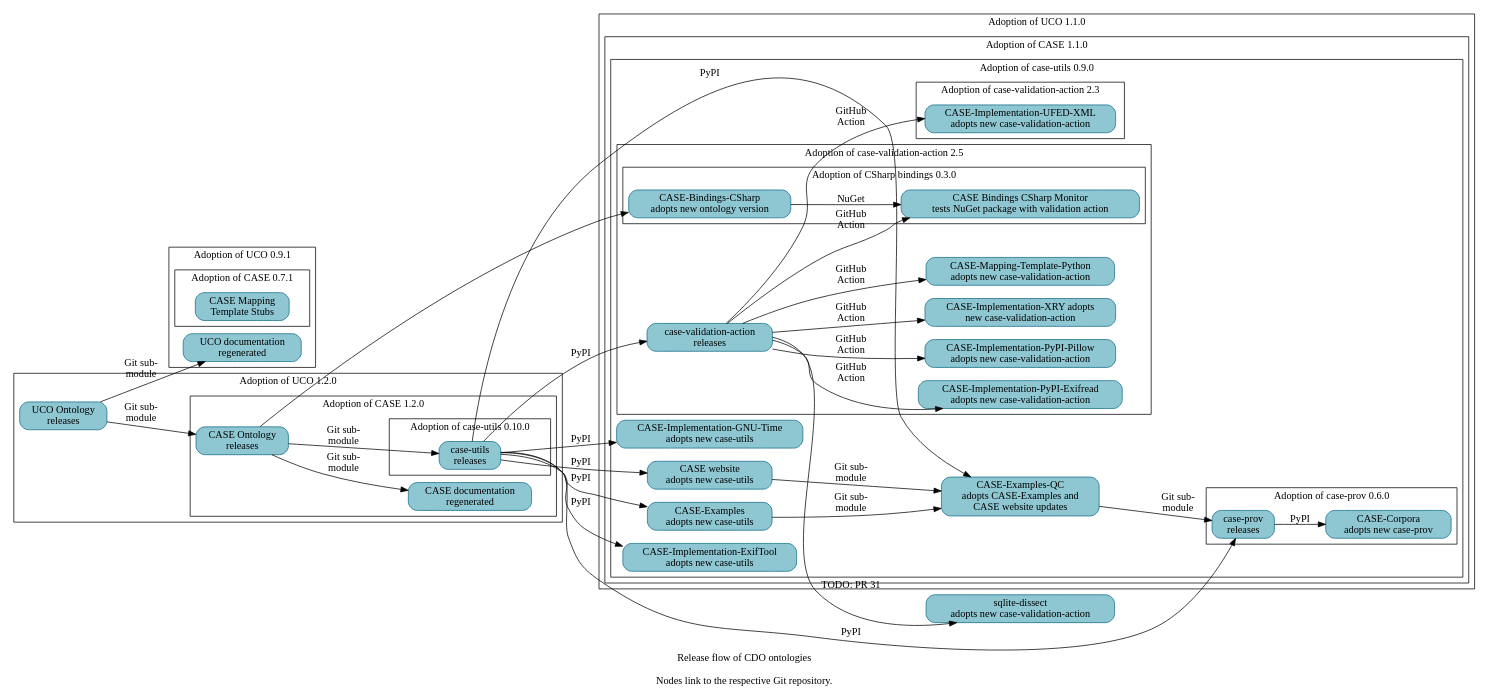
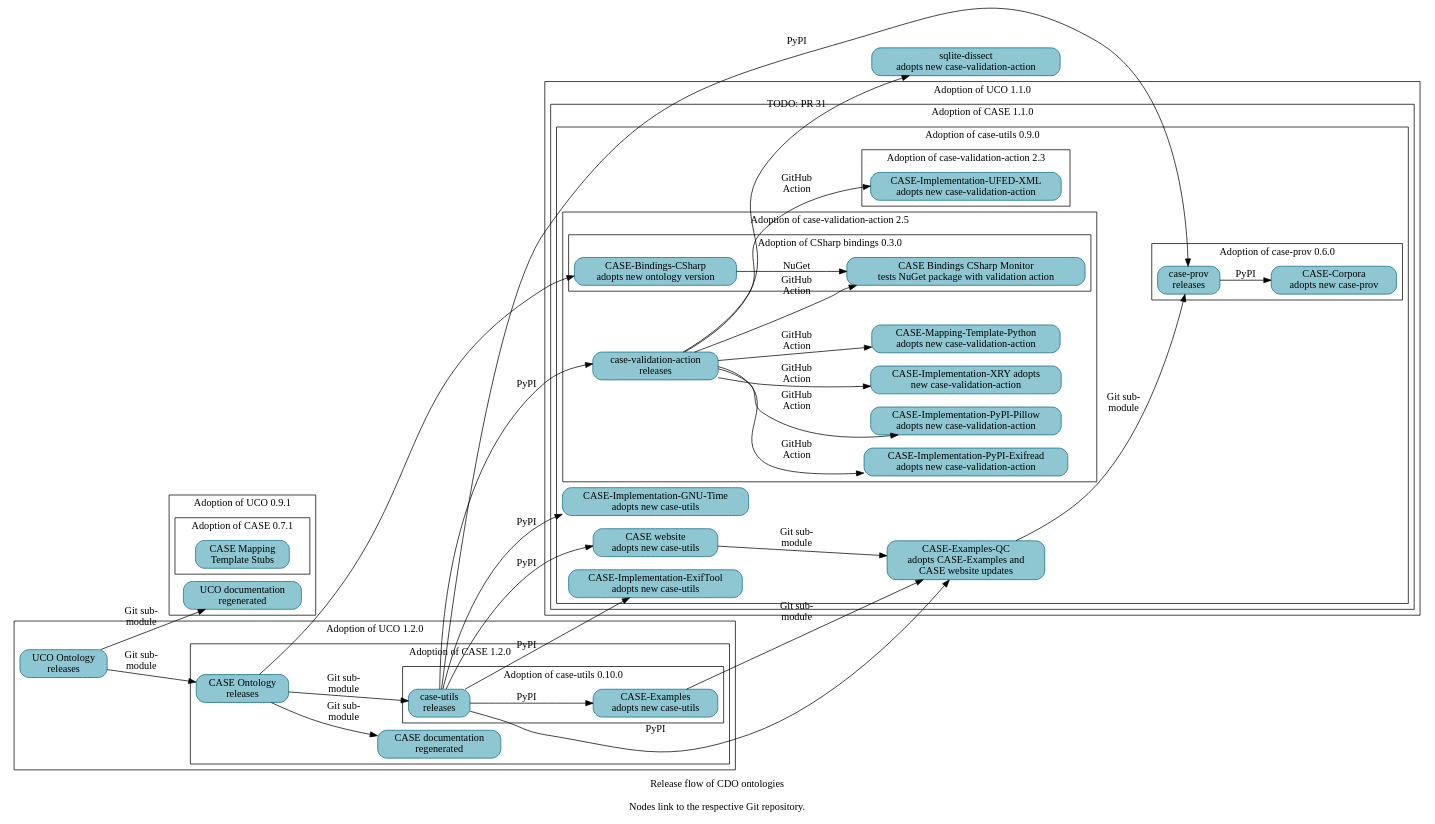
One commit to Cyber-Domain-Ontology/cdo.github.io changed the diagram in resources/project_release_flow.dot. Above: the diagram before and after it, drawn with Graphviz. The commit also changed other lines of this file, not shown here.

```diff
--- a/resources/project_release_flow.dot
+++ b/resources/project_release_flow.dot
@@ -1,113 +1,113 @@
 digraph "cdo_release_flow" {
   label = "Release flow of CDO ontologies\n\nNodes link to the respective Git repository." ;
   rankdir = "LR" ;
   node [shape="rectangle" style="filled,rounded" fillcolor="#8EC7D2" color="#0D6986"] ;
 
 
   // Define nodes in their corresponding progress subgraph.
 
   subgraph cluster_uco_0_9_1 {
     label = "Adoption of UCO 0.9.1" ;
 
     _GH__UCOPROJECT__ONTOLOGY_UNIFIEDCYBERONTOLOGY_ORG [URL="https://github.com/ucoProject/ontology.unifiedcyberontology.org" label="UCO documentation\nregenerated"] ;
 
     subgraph cluster_case_0_7_1 {
       label = "Adoption of CASE 0.7.1" ;
       _GH__CASEWORK__CASE_MAPPING_TEMPLATE_STUBS [URL="https://github.com/casework/CASE-Mapping-Template-Stubs" label="CASE Mapping\nTemplate Stubs"] ;
     }
   }
   subgraph cluster_uco_1_1_0 {
     label = "Adoption of UCO 1.1.0" ;
 
     subgraph cluster_case_1_1_0 {
       label = "Adoption of CASE 1.1.0" ;
 
       subgraph cluster_case_utils_0_9_0 {
         label = "Adoption of case-utils 0.9.0" ;
 
         _GH__AJNELSON_NIST__CASE_EXAMPLES_QC [URL="https://github.com/ajnelson-nist/CASE-Examples-QC" label="CASE-Examples-QC\nadopts CASE-Examples and\nCASE website updates"] ;
-        _GH__CASEWORK__CASE_EXAMPLES [URL="https://github.com/casework/CASE-Examples" label="CASE-Examples\nadopts new case-utils"] ;
         _GH__CASEWORK__CASE_IMPLEMENTATON_EXIFTOOL [URL="https://github.com/casework/CASE-Implementation-ExifTool" label="CASE-Implementation-ExifTool\nadopts new case-utils"] ;
         _GH__CASEWORK__CASE_IMPLEMENTATON_GNU_TIME [URL="https://github.com/casework/CASE-Implementation-GNU-Time" label="CASE-Implementation-GNU-Time\nadopts new case-utils"] ;
         _GH__CASEWORK__CASEWORK_GITHUB_IO [URL="https://github.com/casework/casework.github.io" label="CASE website\nadopts new case-utils"] ;
 
         subgraph cluster_case_prov_0_6_0 {
           label = "Adoption of case-prov 0.6.0" ;
 
           _GH__CASEWORK__CASE_CORPORA [URL="https://github.com/casework/CASE-Corpora" label="CASE-Corpora\nadopts new case-prov"] ;
           _GH__CASEWORK__CASE_IMPLEMENTATON_PROV_O [URL="https://github.com/casework/CASE-Implementation-PROV-O" label="case-prov\nreleases"] ;
         }
 
         subgraph cluster_case_validation_action_2_3 {
           label = "Adoption of case-validation-action 2.3" ;
 
           _GH__CASEWORK__CASE_IMPLEMENTATON_UFED_XML [URL="https://github.com/casework/CASE-Implementation-UFED-XML" label="CASE-Implementation-UFED-XML\nadopts new case-validation-action"] ;
         }
 
         subgraph cluster_case_validation_action_2_5 {
           label = "Adoption of case-validation-action 2.5" ;
 
           _GH__CASEWORK__CASE_IMPLEMENTATON_PYPI_EXIFREAD [URL="https://github.com/casework/CASE-Implementation-PyPI-Exifread" label="CASE-Implementation-PyPI-Exifread\nadopts new case-validation-action"] ;
           _GH__CASEWORK__CASE_IMPLEMENTATON_PYPI_PILLOW [URL="https://github.com/casework/CASE-Implementation-PyPI-Pillow" label="CASE-Implementation-PyPI-Pillow\nadopts new case-validation-action"] ;
           _GH__CASEWORK__CASE_IMPLEMENTATON_XRY [URL="https://github.com/casework/CASE-Implementation-XRY" label="CASE-Implementation-XRY adopts\nnew case-validation-action"] ;
           _GH__CASEWORK__CASE_MAPPING_TEMPLATE_PYTHON [URL="https://github.com/casework/CASE-Mapping-Template-Python" label="CASE-Mapping-Template-Python\nadopts new case-validation-action"] ;
           _GH__KCHASON__CASE_VALIDATION_ACTION [URL="https://github.com/kchason/case-validation-action" label="case-validation-action\nreleases"] ;
 
           subgraph cluster_case_bindings_csharp_0_3_0 {
             label = "Adoption of CSharp bindings 0.3.0" ;
             _GH__CASEWORK__CASE_BINDINGS_CSHARP_MONITOR [URL="https://github.com/casework/CASE-Bindings-CSharp-Monitor" label="CASE Bindings CSharp Monitor\ntests NuGet package with validation action"] ;
             _GH__CIPHERTECHSOLUTIONS__CASE_BINDINGS_CSHARP [URL="https://github.com/ciphertechsolutions/CASE-Bindings-CSharp" label="CASE-Bindings-CSharp\nadopts new ontology version"]
           }
         }
       }
     }
   }
   subgraph cluster_uco_1_2_0 {
     label = "Adoption of UCO 1.2.0" ;
 
     _GH__UCOPROJECT__UCO [URL="https://github.com/ucoProject/UCO" label="UCO Ontology\nreleases"] ;
 
     subgraph cluster_case_1_2_0 {
       label = "Adoption of CASE 1.2.0" ;
 
       _GH__CASEWORK__CASE [URL="https://github.com/casework/CASE" label="CASE Ontology\nreleases"] ;
       _GH__CASEWORK__ONTOLOGY_CASEONTOLOGY_ORG [URL="https://github.com/casework/ontology.caseontology.org" label="CASE documentation\nregenerated"] ;
 
       subgraph cluster_case_utils_0_10_0 {
         label = "Adoption of case-utils 0.10.0" ;
         _GH__CASEWORK__CASE_UTILITIES_PYTHON [URL="https://github.com/casework/CASE-Utilities-Python" label="case-utils\nreleases"] ;
+        _GH__CASEWORK__CASE_EXAMPLES [URL="https://github.com/casework/CASE-Examples" label="CASE-Examples\nadopts new case-utils"] ;
       }
     }
   }
 
   _GH__DOD_CYBER_CRIME_CENTER__SQLITE_DISSECT [URL="https://github.com/dod-cyber-crime-center/sqlite-dissect" label="sqlite-dissect\nadopts new case-validation-action"] ;
 
   // Begin edges
 
   _GH__AJNELSON_NIST__CASE_EXAMPLES_QC -> _GH__CASEWORK__CASE_IMPLEMENTATON_PROV_O [label="Git sub-\nmodule"] ;
   _GH__CASEWORK__CASE -> _GH__CASEWORK__CASE_UTILITIES_PYTHON [label="Git sub-\nmodule"] ;
   _GH__CASEWORK__CASE -> _GH__CIPHERTECHSOLUTIONS__CASE_BINDINGS_CSHARP ;
   _GH__CASEWORK__CASE -> _GH__CASEWORK__ONTOLOGY_CASEONTOLOGY_ORG [label="Git sub-\nmodule"] ; 
   _GH__CASEWORK__CASE_EXAMPLES -> _GH__AJNELSON_NIST__CASE_EXAMPLES_QC [label="Git sub-\nmodule"] ;
   _GH__CASEWORK__CASE_IMPLEMENTATON_PROV_O -> _GH__CASEWORK__CASE_CORPORA [label="PyPI"] ;
   _GH__CASEWORK__CASE_UTILITIES_PYTHON -> _GH__AJNELSON_NIST__CASE_EXAMPLES_QC [label="PyPI"] ;
   _GH__CASEWORK__CASE_UTILITIES_PYTHON -> _GH__CASEWORK__CASE_EXAMPLES [label="PyPI"] ;
   _GH__CASEWORK__CASE_UTILITIES_PYTHON -> _GH__CASEWORK__CASE_IMPLEMENTATON_EXIFTOOL [label="PyPI"] ;
   _GH__CASEWORK__CASE_UTILITIES_PYTHON -> _GH__CASEWORK__CASE_IMPLEMENTATON_GNU_TIME [label="PyPI"] ;
   _GH__CASEWORK__CASE_UTILITIES_PYTHON -> _GH__CASEWORK__CASE_IMPLEMENTATON_PROV_O [label="PyPI"] ;
   _GH__CASEWORK__CASE_UTILITIES_PYTHON -> _GH__KCHASON__CASE_VALIDATION_ACTION [label="PyPI"] ;
   _GH__CASEWORK__CASE_UTILITIES_PYTHON -> _GH__CASEWORK__CASEWORK_GITHUB_IO [label="PyPI"] ;
   _GH__CASEWORK__CASEWORK_GITHUB_IO -> _GH__AJNELSON_NIST__CASE_EXAMPLES_QC [label="Git sub-\nmodule"] ;
   _GH__CIPHERTECHSOLUTIONS__CASE_BINDINGS_CSHARP -> _GH__CASEWORK__CASE_BINDINGS_CSHARP_MONITOR [label="NuGet"] ;
   _GH__KCHASON__CASE_VALIDATION_ACTION -> _GH__CASEWORK__CASE_BINDINGS_CSHARP_MONITOR [label="GitHub\nAction"] ;
   _GH__KCHASON__CASE_VALIDATION_ACTION -> _GH__CASEWORK__CASE_IMPLEMENTATON_PYPI_EXIFREAD [label="GitHub\nAction"] ;
   _GH__KCHASON__CASE_VALIDATION_ACTION -> _GH__CASEWORK__CASE_IMPLEMENTATON_PYPI_PILLOW [label="GitHub\nAction"] ;
   _GH__KCHASON__CASE_VALIDATION_ACTION -> _GH__CASEWORK__CASE_IMPLEMENTATON_UFED_XML [label="GitHub\nAction"] ;
   _GH__KCHASON__CASE_VALIDATION_ACTION -> _GH__CASEWORK__CASE_IMPLEMENTATON_XRY [label="GitHub\nAction"] ;
   _GH__KCHASON__CASE_VALIDATION_ACTION -> _GH__CASEWORK__CASE_MAPPING_TEMPLATE_PYTHON [label="GitHub\nAction"] ;
   _GH__KCHASON__CASE_VALIDATION_ACTION -> _GH__DOD_CYBER_CRIME_CENTER__SQLITE_DISSECT [URL="https://github.com/dod-cyber-crime-center/sqlite-dissect/pull/31" label="TODO: PR 31"] ;
   // TODO _GH__UCOPROJECT__ONTOLOGY_UNIFIEDCYBERONTOLOGY_ORG -> _GH__CASEWORK__ONTOLOGY_CASEONTOLOGY_ORG [label="Tech-\ncheck"];
   _GH__UCOPROJECT__UCO -> _GH__CASEWORK__CASE [label="Git sub-\nmodule"] ;
   _GH__UCOPROJECT__UCO -> _GH__UCOPROJECT__ONTOLOGY_UNIFIEDCYBERONTOLOGY_ORG [label="Git sub-\nmodule"] ;
 
 }
```
